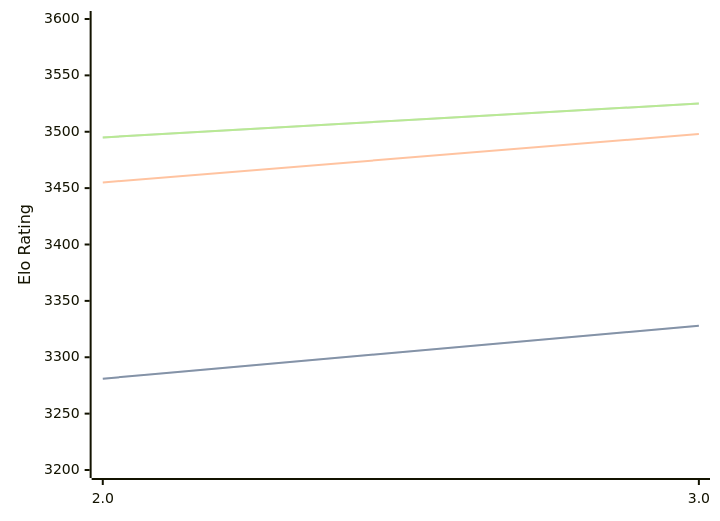
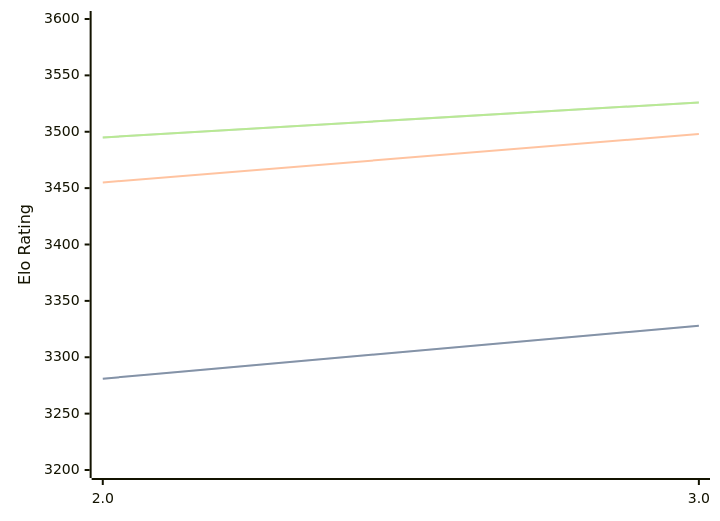
One commit to computer-chess-index/cci changed the first of 3 diagrams in engines/Quanticade.md. Above: the diagram before and after it, drawn with Mermaid. The commit also changed other lines of this file, not shown here.

Commit message:
Update CCI Ratings (ELO VLTC) - 2026-06-15

````diff
--- a/engines/Quanticade.md
+++ b/engines/Quanticade.md
@@ -41,11 +41,11 @@
 ```mermaid
 %%{init: {"theme":"base","themeVariables":{"seriesColors:['#a3a3a3','#222221','#faa371']}}}%%
 xychart-beta
   x-axis ["2.0", "3.0"]
   y-axis "Elo Rating" 3200 --> 3600
   line "STC (8.0+0.08s)" [3281, 3328]
   line "STC (8.0+0.08s)" [3281, 3328]
   line "LTC (60.0+0.60s)" [3455, 3498]
-  line "VLTC (2m24s+1.12s)" [3495, 3525]
-  line "VLTC (2m24s+1.12s)" [3495, 3525]
+  line "VLTC (2m24s+1.12s)" [3495, 3526]
+  line "VLTC (2m24s+1.12s)" [3495, 3526]
 ```
````
